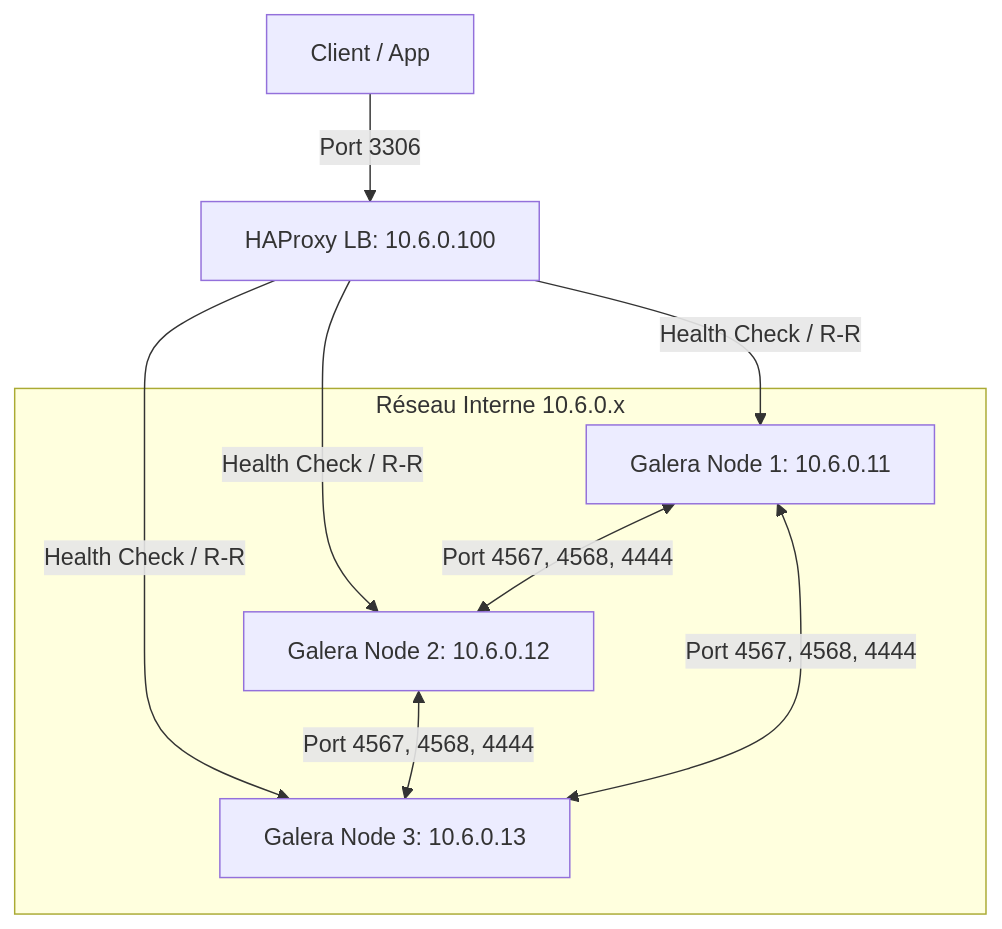
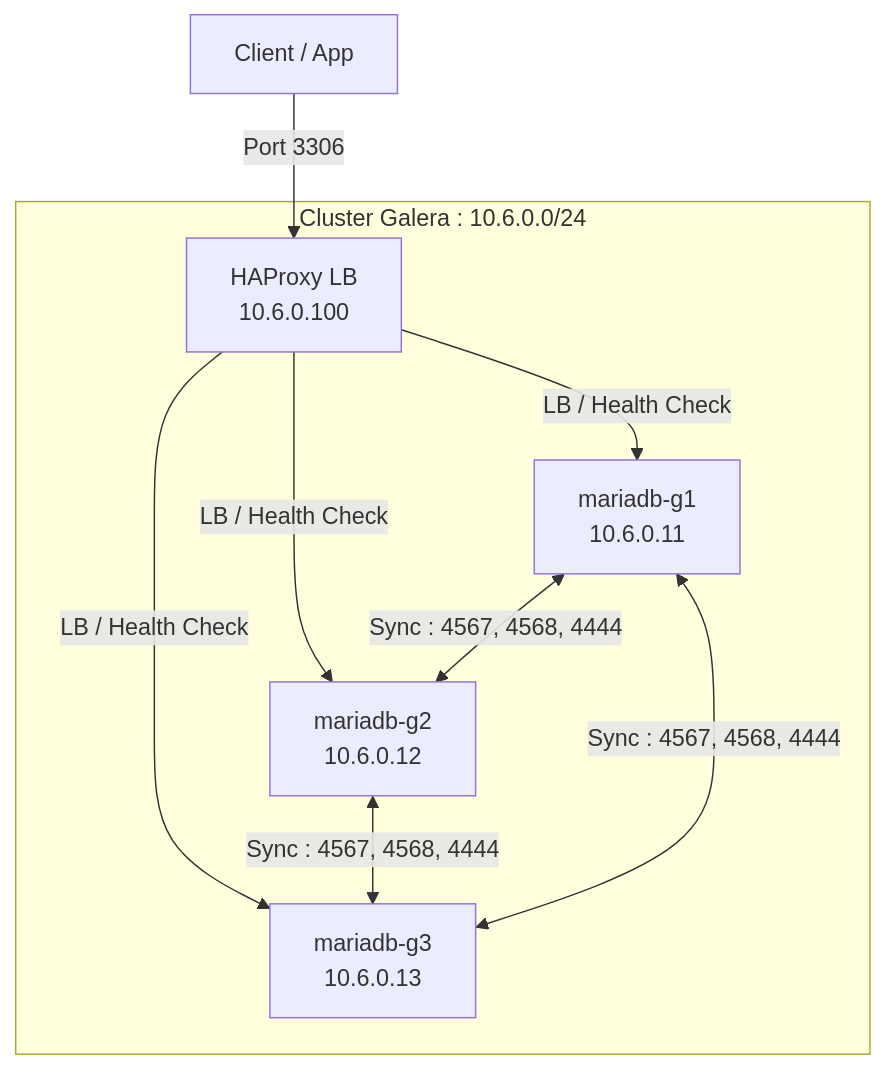
One commit to jmrenouard/dbscripts changed the diagram in docker/mariadb/documentation/architecture_fr.md. Above: the diagram before and after it, drawn with Mermaid. The commit also changed other lines of this file and 15 other files, not shown here.

````diff
--- a/docker/mariadb/documentation/architecture_fr.md
+++ b/docker/mariadb/documentation/architecture_fr.md
@@ -16,13 +16,14 @@
 ```mermaid
 graph TD
-    Client[Client / App] -->|Port 3306| LB[HAProxy LB: 10.6.0.100]
-    LB -->|Health Check / R-R| G1[Galera Node 1: 10.6.0.11]
-    LB -->|Health Check / R-R| G2[Galera Node 2: 10.6.0.12]
-    LB -->|Health Check / R-R| G3[Galera Node 3: 10.6.0.13]
+    Client[Client / App] -->|Port 3306| LB[HAProxy LB<br/>10.6.0.100]
     
-    subgraph Galera_Cluster [Réseau Interne 10.6.0.x]
-        G1 <-->|Port 4567, 4568, 4444| G2
-        G2 <-->|Port 4567, 4568, 4444| G3
-        G3 <-->|Port 4567, 4568, 4444| G1
+    subgraph Galera_Cluster [Cluster Galera : 10.6.0.0/24]
+        LB -->|LB / Health Check| G1[mariadb-g1<br/>10.6.0.11]
+        LB -->|LB / Health Check| G2[mariadb-g2<br/>10.6.0.12]
+        LB -->|LB / Health Check| G3[mariadb-g3<br/>10.6.0.13]
+        
+        G1 <-->|Sync : 4567, 4568, 4444| G2
+        G2 <-->|Sync : 4567, 4568, 4444| G3
+        G3 <-->|Sync : 4567, 4568, 4444| G1
     end
 ```
````
